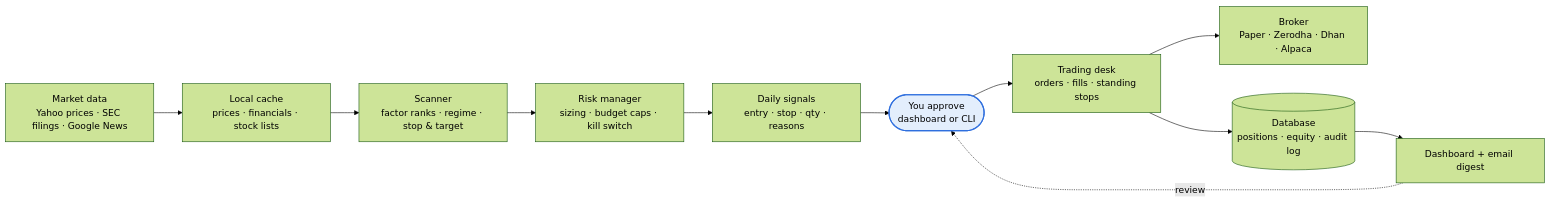
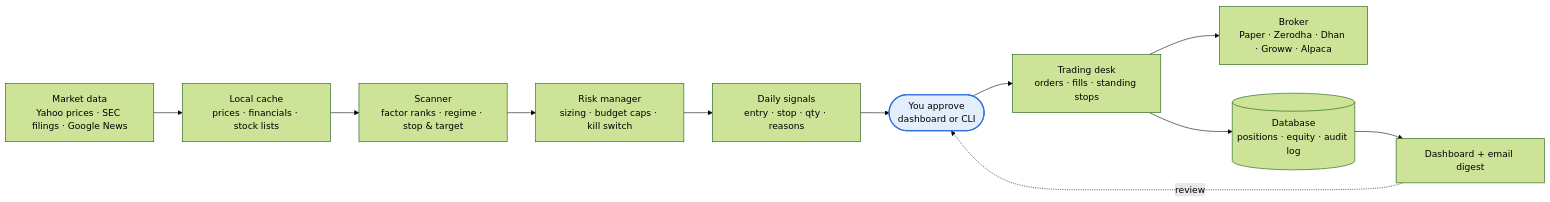
The first of 2 diagrams in README.md (Mayank9mare/TradeMare), drawn with Mermaid (forest theme) before and after one commit. The commit also changed other lines of this file and 10 other files, not shown here.

First line of the commit message:
Groww broker adapter (India, CNC)

````diff
--- a/README.md
+++ b/README.md
@@ -32,14 +32,14 @@
 ```mermaid
 flowchart LR
     data["Market data<br/>Yahoo prices · SEC filings · Google News"] --> cache["Local cache<br/>prices · financials · stock lists"]
     cache --> scan["Scanner<br/>factor ranks · regime · stop & target"]
     scan --> risk["Risk manager<br/>sizing · budget caps · kill switch"]
     risk --> signals["Daily signals<br/>entry · stop · qty · reasons"]
     signals --> you(["You approve<br/>dashboard or CLI"])
     you --> desk["Trading desk<br/>orders · fills · standing stops"]
-    desk --> broker["Broker<br/>Paper · Zerodha · Dhan · Alpaca"]
+    desk --> broker["Broker<br/>Paper · Zerodha · Dhan · Groww · Alpaca"]
     desk --> db[("Database<br/>positions · equity · audit log")]
     db --> ui["Dashboard + email digest"]
     ui -. review .-> you
     style you fill:#e3eefc,stroke:#2f6fde,stroke-width:2px
 ```
````
